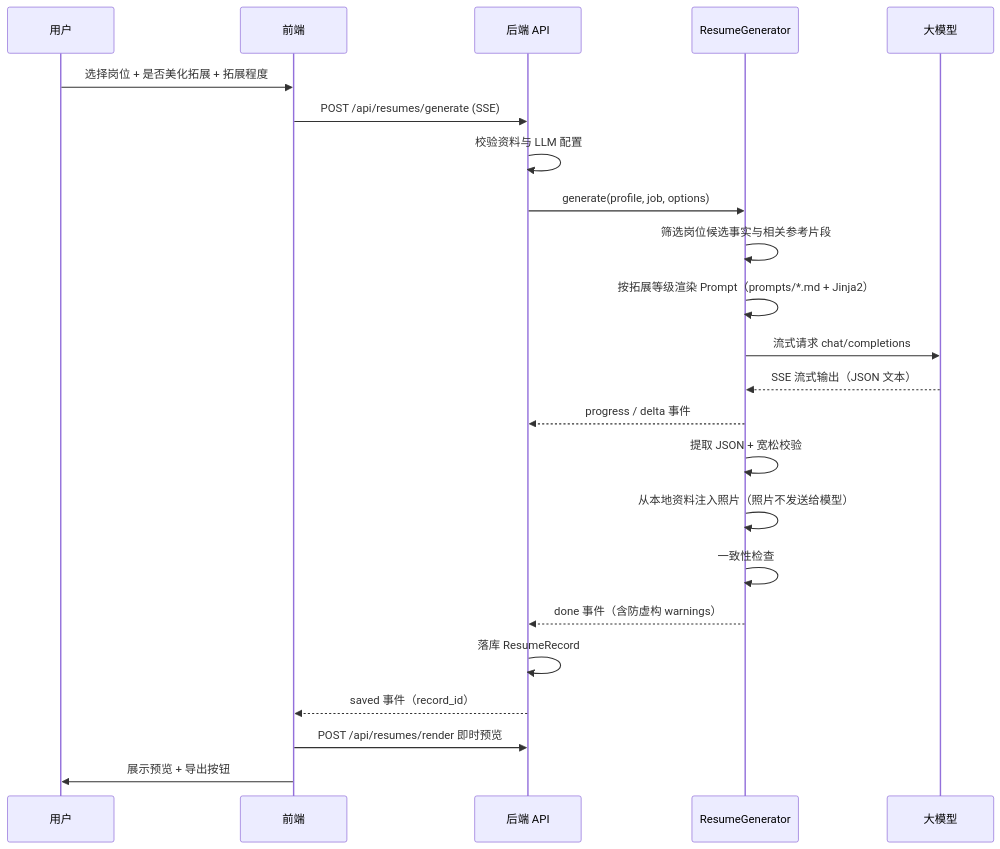
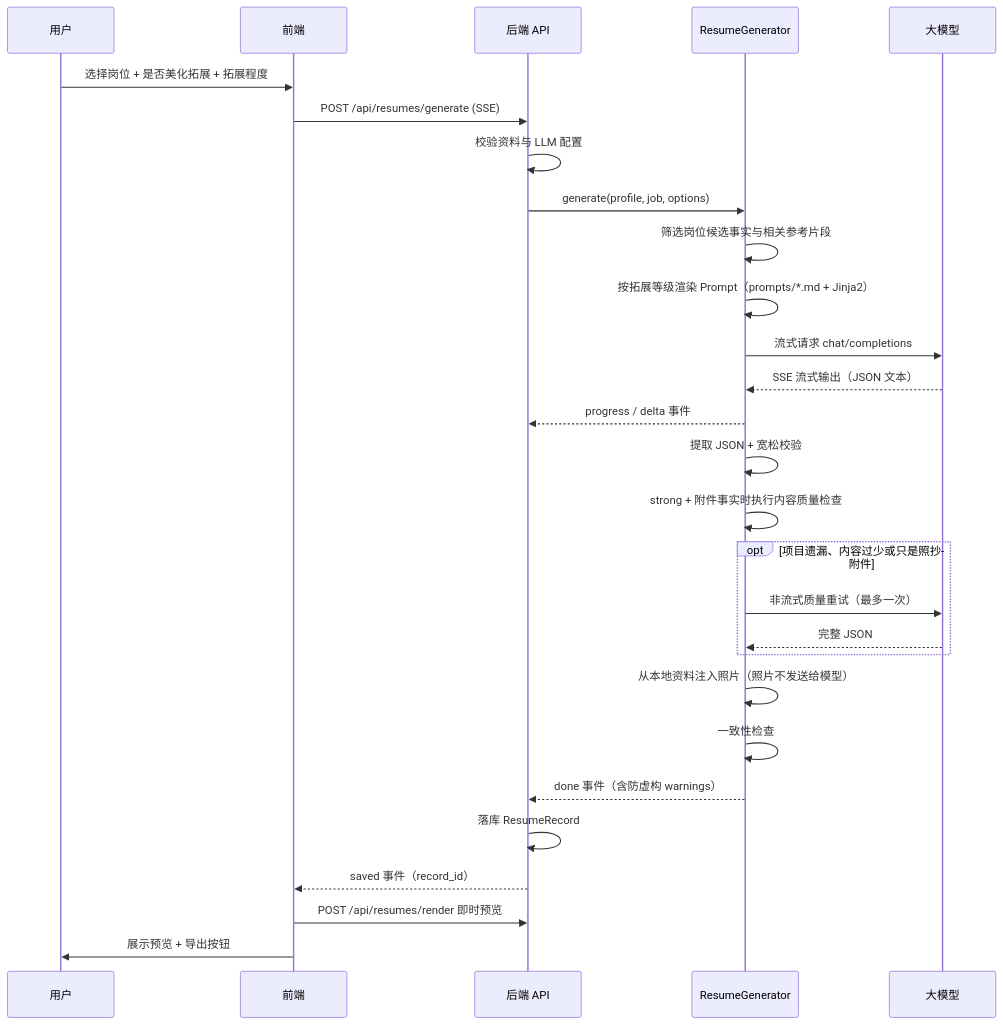
One commit to magicapple123/ResumeForge changed the second of 2 diagrams in docs/architecture.md. Above: the diagram before and after it, drawn with Mermaid. The commit also changed other lines of this file and 8 other files, not shown here.

````diff
--- a/docs/architecture.md
+++ b/docs/architecture.md
@@ -64,26 +64,31 @@
 ```mermaid
 sequenceDiagram
     participant U as 用户
     participant F as 前端
     participant B as 后端 API
     participant G as ResumeGenerator
     participant L as 大模型
 
     U->>F: 选择岗位 + 是否美化拓展 + 拓展程度
     F->>B: POST /api/resumes/generate (SSE)
     B->>B: 校验资料与 LLM 配置
     B->>G: generate(profile, job, options)
     G->>G: 筛选岗位候选事实与相关参考片段
     G->>G: 按拓展等级渲染 Prompt（prompts/*.md + Jinja2）
     G->>L: 流式请求 chat/completions
     L-->>G: SSE 流式输出（JSON 文本）
     G-->>B: progress / delta 事件
     G->>G: 提取 JSON + 宽松校验
+    G->>G: strong + 附件事实时执行内容质量检查
+    opt 项目遗漏、内容过少或只是照抄附件
+        G->>L: 非流式质量重试（最多一次）
+        L-->>G: 完整 JSON
+    end
     G->>G: 从本地资料注入照片（照片不发送给模型）
     G->>G: 一致性检查
     G-->>B: done 事件（含防虚构 warnings）
     B->>B: 落库 ResumeRecord
     B-->>F: saved 事件（record_id）
     F->>B: POST /api/resumes/render 即时预览
     F->>U: 展示预览 + 导出按钮
 ```
````
